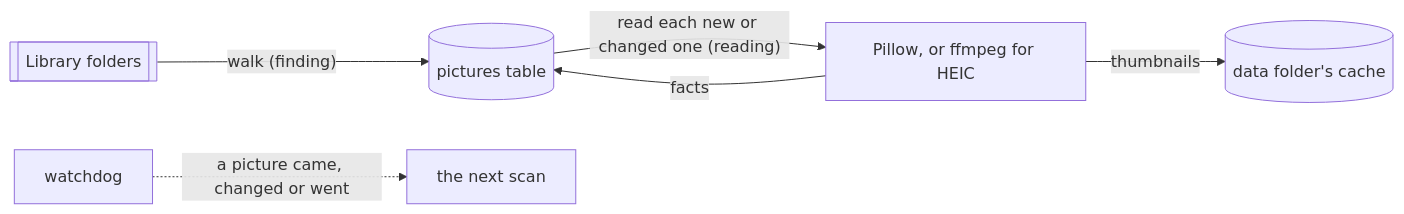
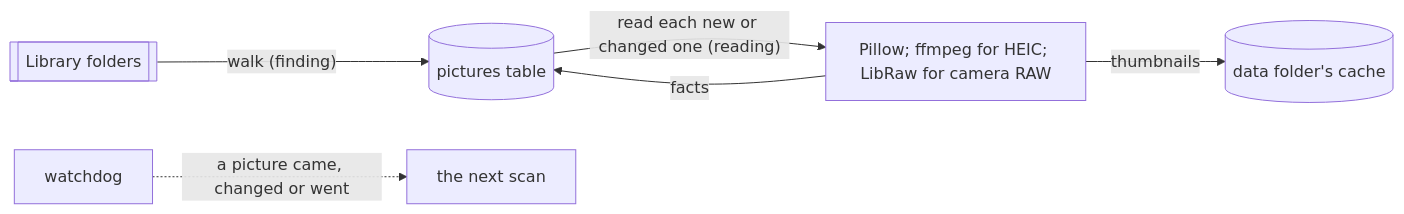
Before and after one commit to frankgrobbelaar/mado: the second of 8 diagrams in docs/architecture.md, drawn with Mermaid. The commit also changed other lines of this file and 95 other files, not shown here.

First line of the commit message:
Read camera RAW, with LibRaw fetched the first time a RAW is read

````diff
--- a/docs/architecture.md
+++ b/docs/architecture.md
@@ -66,8 +66,8 @@
 ```mermaid
 flowchart LR
     folders[["Library folders"]] -- "walk (finding)" --> records[("pictures table")]
-    records -- "read each new or changed one (reading)" --> pillow["Pillow, or ffmpeg for HEIC"]
+    records -- "read each new or changed one (reading)" --> pillow["Pillow; ffmpeg for HEIC; LibRaw for camera RAW"]
     pillow -- "facts" --> records
     pillow -- "thumbnails" --> cache[("data folder's cache")]
     watcher["watchdog"] -. "a picture came, changed or went" .-> scan["the next scan"]
 ```
````
